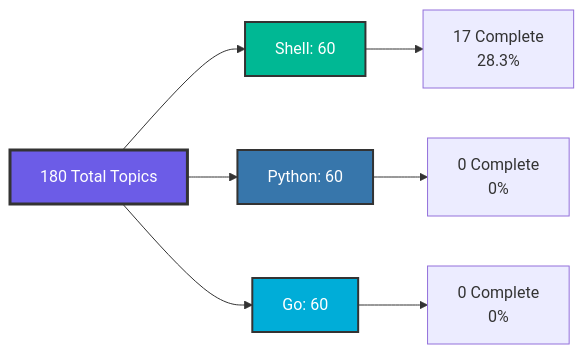
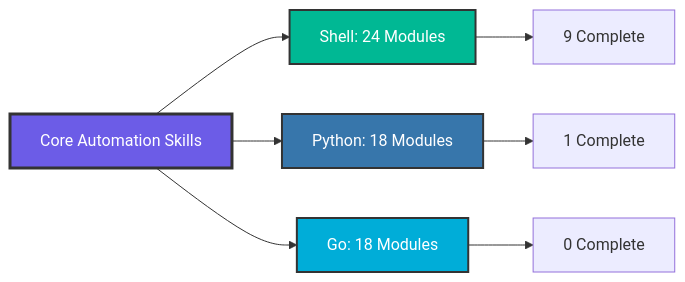
One commit to Ganil151/Devops changed the first of 2 diagrams in 1-Beginner/02-Phase-2/01-Automation/AUTOMATION_NAVIGATION_HUB.md. Above: the diagram before and after it, drawn with Mermaid. The commit also changed other lines of this file and 62 other files, not shown here.

````diff
--- a/1-Beginner/02-Phase-2/01-Automation/AUTOMATION_NAVIGATION_HUB.md
+++ b/1-Beginner/02-Phase-2/01-Automation/AUTOMATION_NAVIGATION_HUB.md
@@ -62,15 +59,15 @@
 ```mermaid
 graph LR
-    A[180 Total Topics] --> B[Shell: 60]
-    A --> C[Python: 60]
-    A --> D[Go: 60]
+    A[Core Automation Skills] --> B[Shell: 24 Modules]
+    A --> C[Python: 18 Modules]
+    A --> D[Go: 18 Modules]
     
-    B --> B1[17 Complete<br/>28.3%]
-    C --> C1[0 Complete<br/>0%]
-    D --> D1[0 Complete<br/>0%]
+    B --> B1[9 Complete]
+    C --> C1[1 Complete]
+    D --> D1[0 Complete]
     
     style A fill:#6c5ce7,stroke:#333,stroke-width:3px,color:#fff
     style B fill:#00b894,stroke:#333,stroke-width:2px,color:#fff
     style C fill:#3776AB,stroke:#333,stroke-width:2px,color:#fff
     style D fill:#00ADD8,stroke:#333,stroke-width:2px,color:#fff
 ```
````
